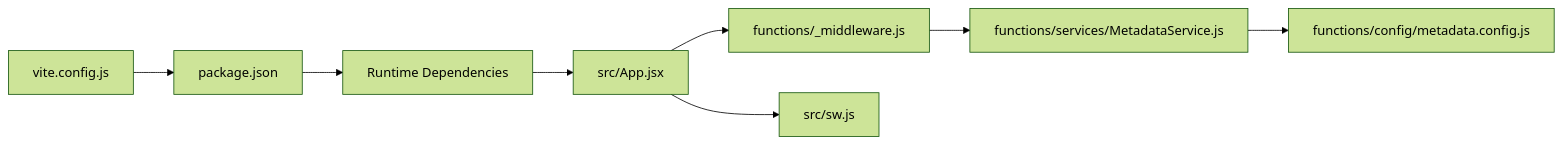
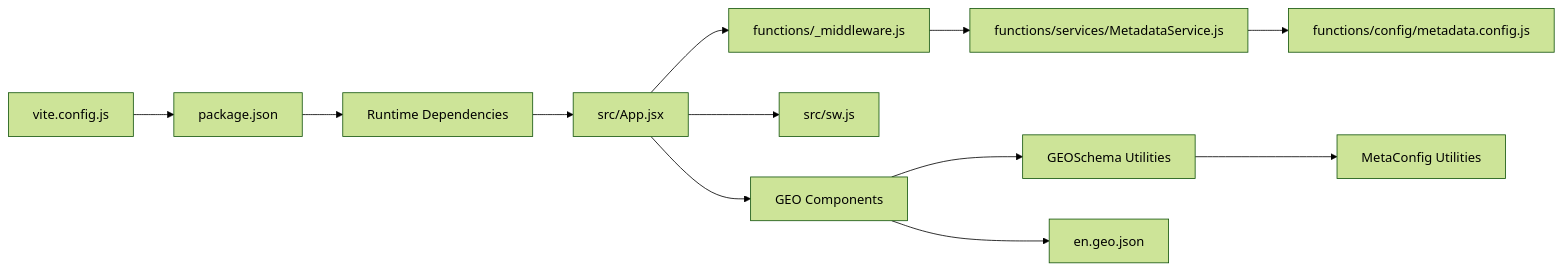
The sixth of 6 diagrams in .qoder/repowiki/en/content/Architecture Overview/Architecture Overview.md (rumuze/landing-page), drawn with Mermaid (forest theme) before and after one commit. The commit also changed other lines of this file and 5 other files, not shown here.

````diff
--- a/.qoder/repowiki/en/content/Architecture Overview/Architecture Overview.md
+++ b/.qoder/repowiki/en/content/Architecture Overview/Architecture Overview.md
@@ -237,10 +333,14 @@
 ```mermaid
 graph LR
 V["vite.config.js"] --> Pkg["package.json"]
 Pkg --> Deps["Runtime Dependencies"]
 Deps --> App["src/App.jsx"]
 App --> MW["functions/_middleware.js"]
 MW --> MSvc["functions/services/MetadataService.js"]
 MSvc --> Cfg["functions/config/metadata.config.js"]
 App --> SW["src/sw.js"]
+App --> GEO["GEO Components"]
+GEO --> GEOSchema["GEOSchema Utilities"]
+GEO --> GeoLoc["en.geo.json"]
+GEOSchema --> MetaCfg["MetaConfig Utilities"]
 ```
````
